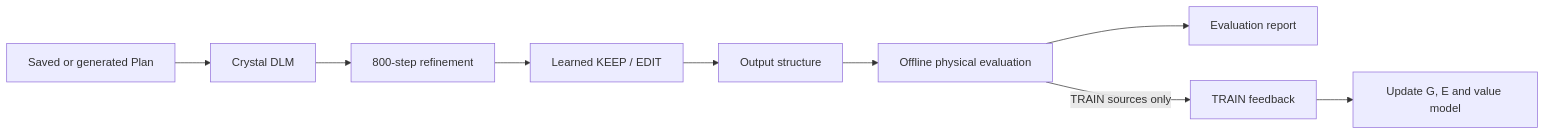
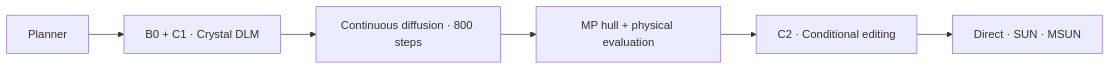
The diagram in README.md (YWDDLiang/DLM_ICLR), drawn with Mermaid before and after one commit. The commit also changed other lines of this file and 250 other files, not shown here.

Commit message:
Modularize crystal training, sampling, refinement and evaluation

````diff
--- a/README.md
+++ b/README.md
@@ -35,11 +7,8 @@
 ```mermaid
 flowchart LR
-    P[Saved or generated Plan] --> G[Crystal DLM]
-    G --> F[800-step refinement]
-    F --> E[Learned KEEP / EDIT]
-    E --> O[Output structure]
-    O --> M[Offline physical evaluation]
-    M --> R[Evaluation report]
-    M -- TRAIN sources only --> T[TRAIN feedback]
-    T --> U[Update G, E and value model]
+    P[Planner] --> C1[B0 + C1 · Crystal DLM]
+    C1 --> F[Continuous diffusion · 800 steps]
+    F --> PH[MP hull + physical evaluation]
+    PH --> C2[C2 · Conditional editing]
+    C2 --> EV[Direct · SUN · MSUN]
 ```
````
